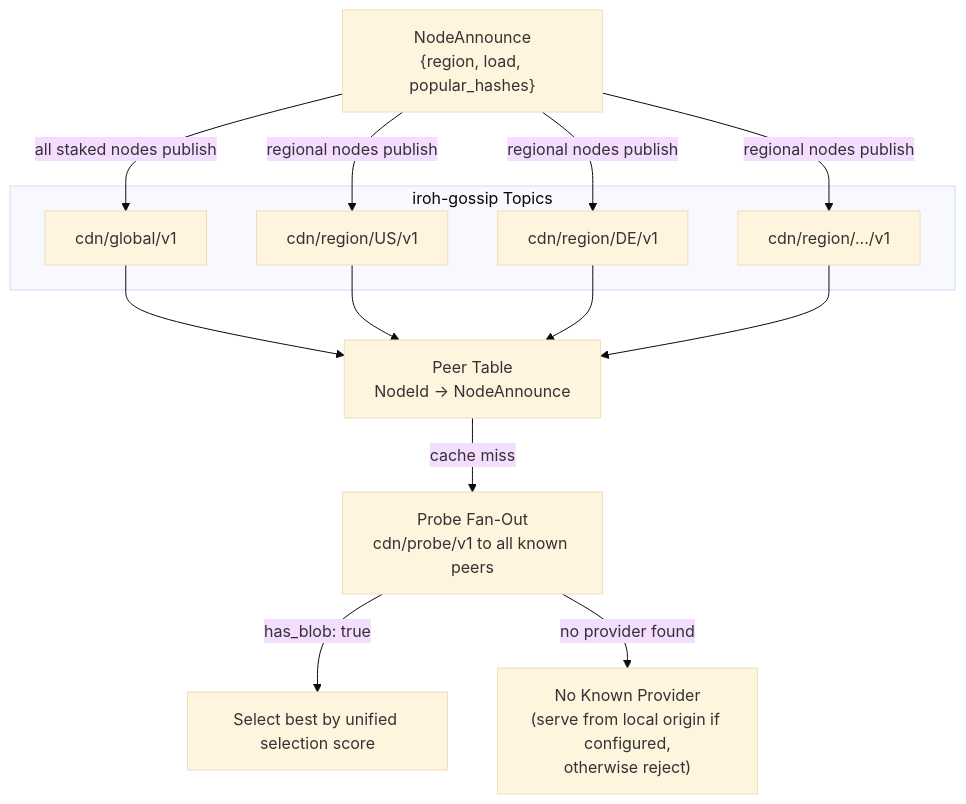
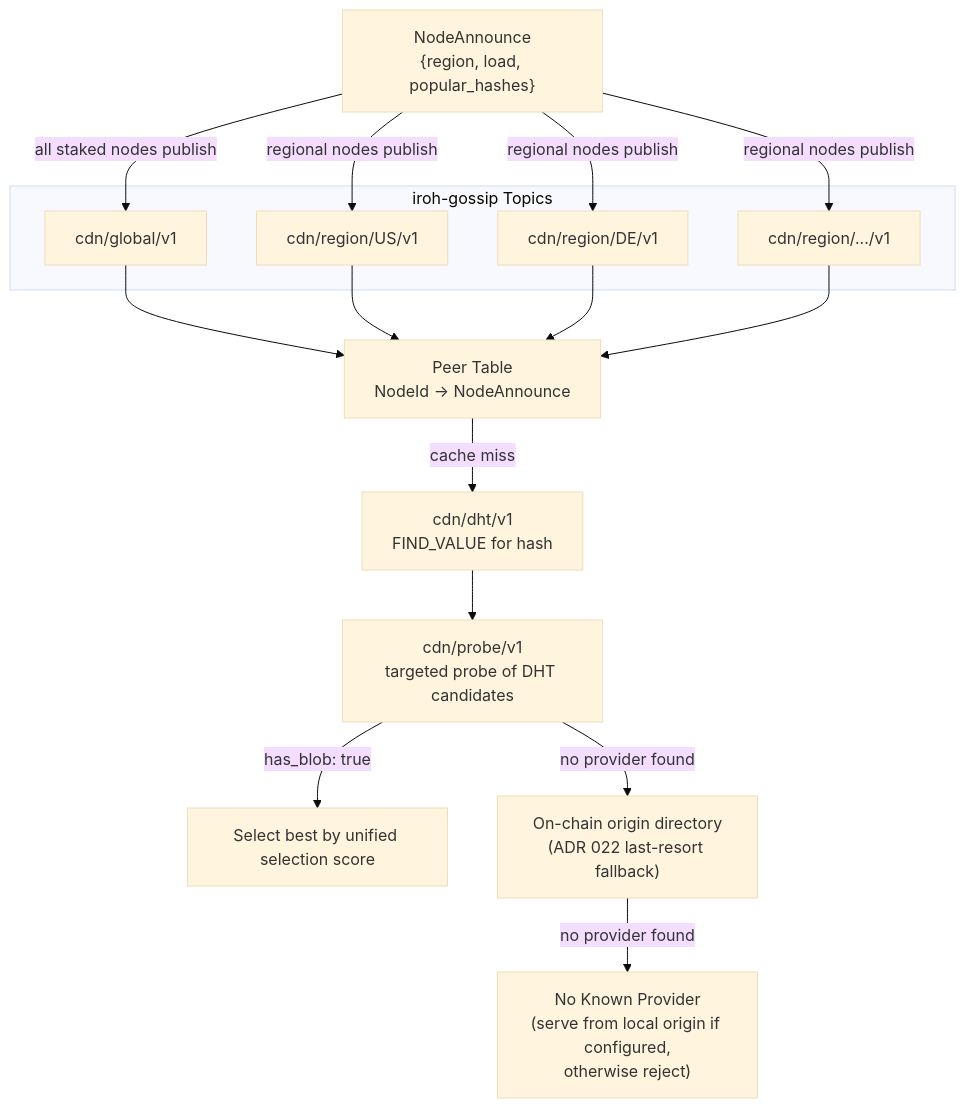
The diagram in adr/001-network.md (decdn/decdn), drawn with Mermaid (base theme) before and after one commit. The commit also changed other lines of this file and 3 other files, not shown here.

First line of the commit message:
docs(adr): drop bootstrap probe fan-out; on-chain directory is fallback (#411)

````diff
--- a/adr/001-network.md
+++ b/adr/001-network.md
@@ -19,25 +19,27 @@
 ```mermaid
 graph TD
     subgraph Topics["iroh-gossip Topics"]
         GLOBAL["cdn/global/v1"]
         REG_US["cdn/region/US/v1"]
         REG_DE["cdn/region/DE/v1"]
         REG_ETC["cdn/region/.../v1"]
     end
 
     NA["NodeAnnounce<br/>{region, load, popular_hashes}"]
 
     NA -->|all staked nodes publish| GLOBAL
     NA -->|regional nodes publish| REG_US
     NA -->|regional nodes publish| REG_DE
     NA -->|regional nodes publish| REG_ETC
 
     GLOBAL --> PT["Peer Table<br/>NodeId -> NodeAnnounce"]
     REG_US --> PT
     REG_DE --> PT
     REG_ETC --> PT
 
-    PT -->|cache miss| PROBE["Probe Fan-Out<br/>cdn/probe/v1 to all known peers"]
+    PT -->|cache miss| DHT["cdn/dht/v1<br/>FIND_VALUE for hash"]
+    DHT --> PROBE["cdn/probe/v1<br/>targeted probe of DHT candidates"]
     PROBE -->|has_blob: true| SELECT["Select best by unified selection score"]
-    PROBE -->|no provider found| MISS["No Known Provider<br/>(serve from local origin if configured,<br/>otherwise reject)"]
+    PROBE -->|no provider found| DIR["On-chain origin directory<br/>(ADR 022 last-resort fallback)"]
+    DIR -->|no provider found| MISS["No Known Provider<br/>(serve from local origin if configured,<br/>otherwise reject)"]
 ```
````
